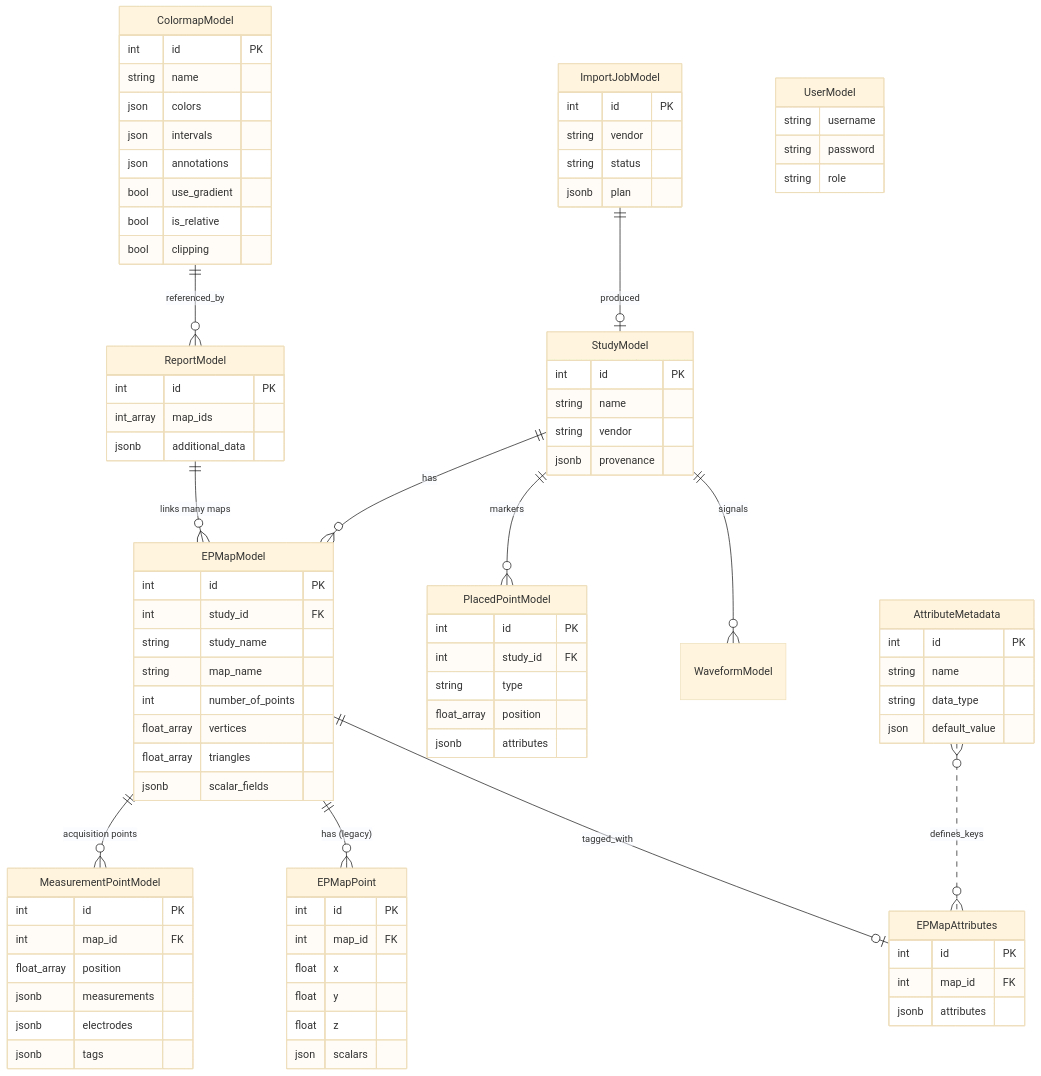
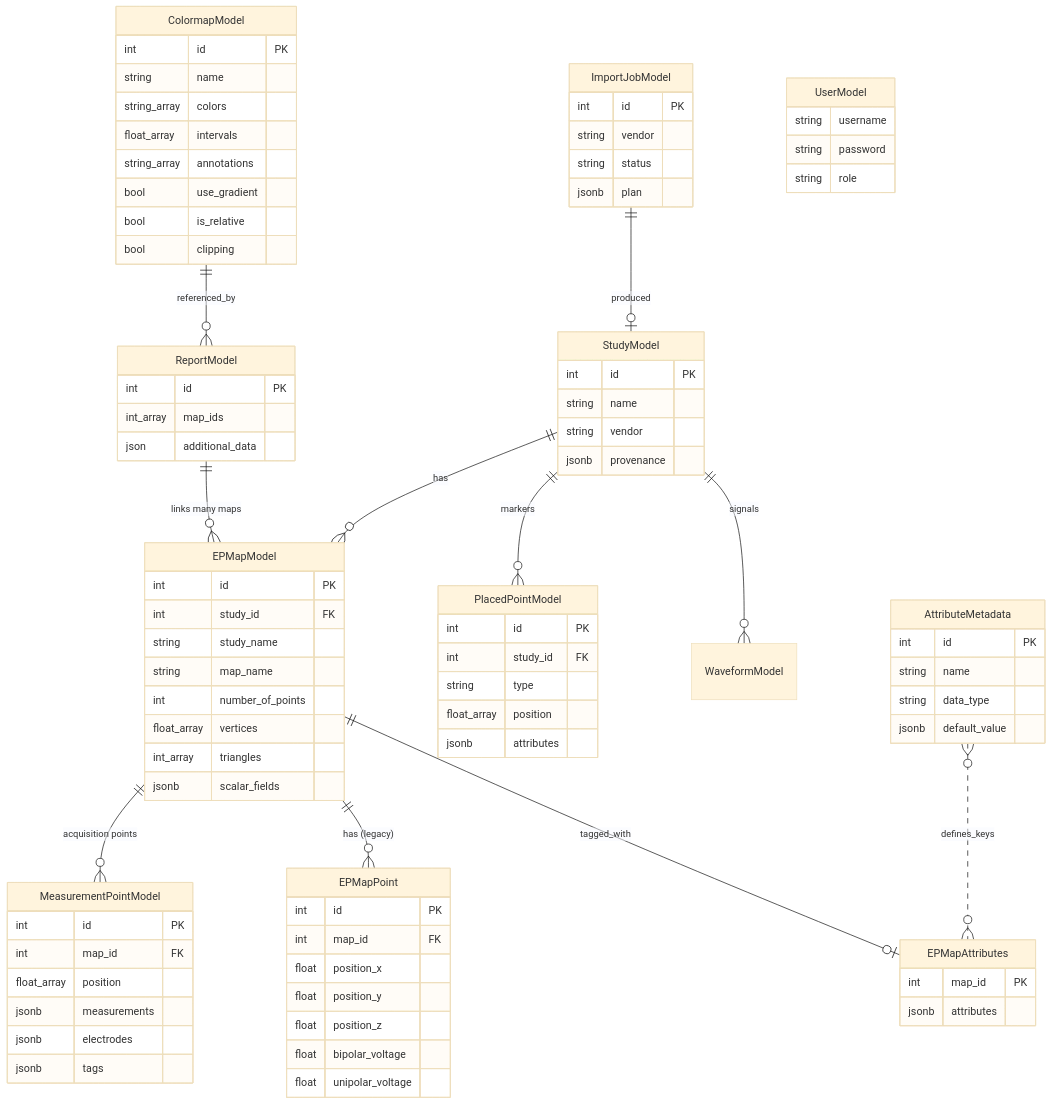
The diagram in docs/reference/data-model.md (swillert/pulse-ep), drawn with Mermaid (base theme) before and after one commit. The commit also changed other lines of this file and 88 other files, not shown here.

````diff
--- a/docs/reference/data-model.md
+++ b/docs/reference/data-model.md
@@ -19,7 +19,11 @@
     ColormapModel ||--o{ ReportModel : referenced_by
     ReportModel ||--o{ EPMapModel : "links many maps"
     AttributeMetadata }o..o{ EPMapAttributes : defines_keys
-    UserModel { string username string password string role }
+    UserModel {
+        string username
+        string password
+        string role
+    }
 
     StudyModel {
         int id PK
@@ -55,28 +59,28 @@
         string map_name
         int number_of_points
         float_array vertices
-        float_array triangles
+        int_array triangles
         jsonb scalar_fields
     }
     EPMapPoint {
         int id PK
         int map_id FK
-        float x
-        float y
-        float z
-        json scalars
+        float position_x
+        float position_y
+        float position_z
+        float bipolar_voltage
+        float unipolar_voltage
     }
     EPMapAttributes {
-        int id PK
-        int map_id FK
+        int map_id PK
         jsonb attributes
     }
     ColormapModel {
         int id PK
         string name
-        json colors
-        json intervals
-        json annotations
+        string_array colors
+        float_array intervals
+        string_array annotations
         bool use_gradient
         bool is_relative
         bool clipping
@@ -84,12 +88,12 @@
     ReportModel {
         int id PK
         int_array map_ids
-        jsonb additional_data
+        json additional_data
     }
     AttributeMetadata {
         int id PK
         string name
         string data_type
-        json default_value
+        jsonb default_value
     }
 ```
````
